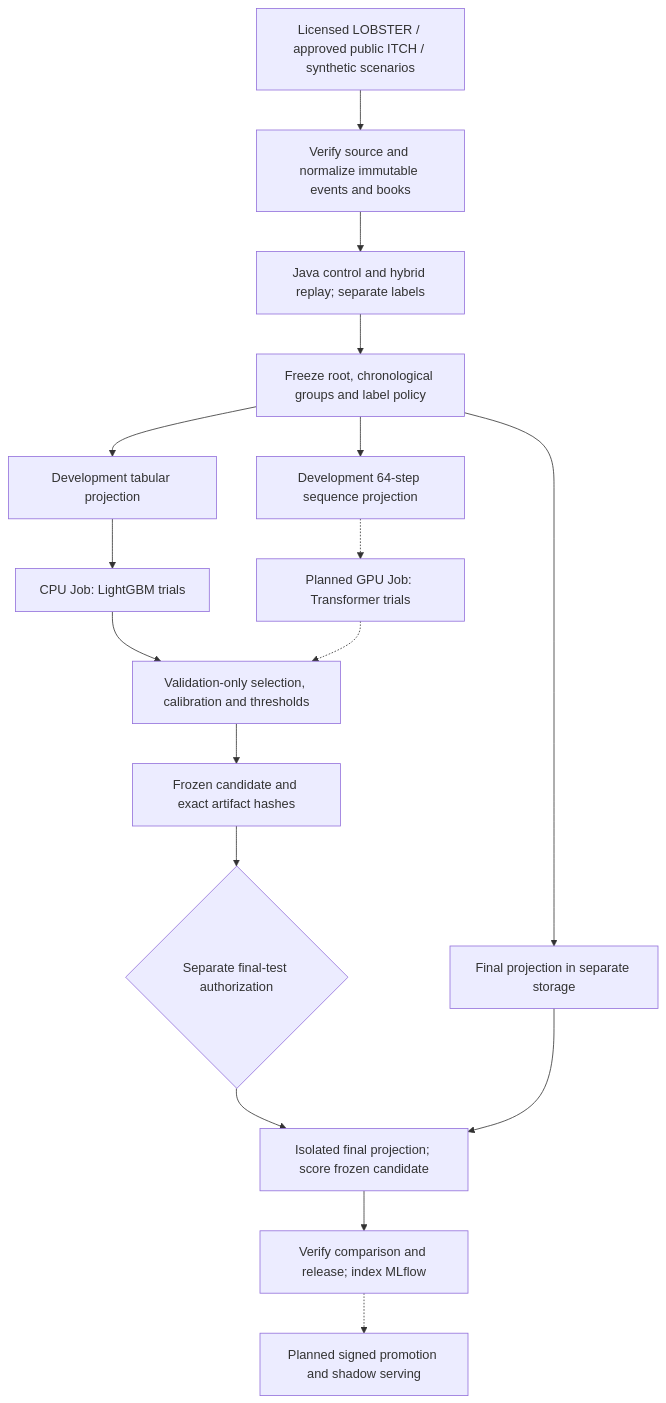
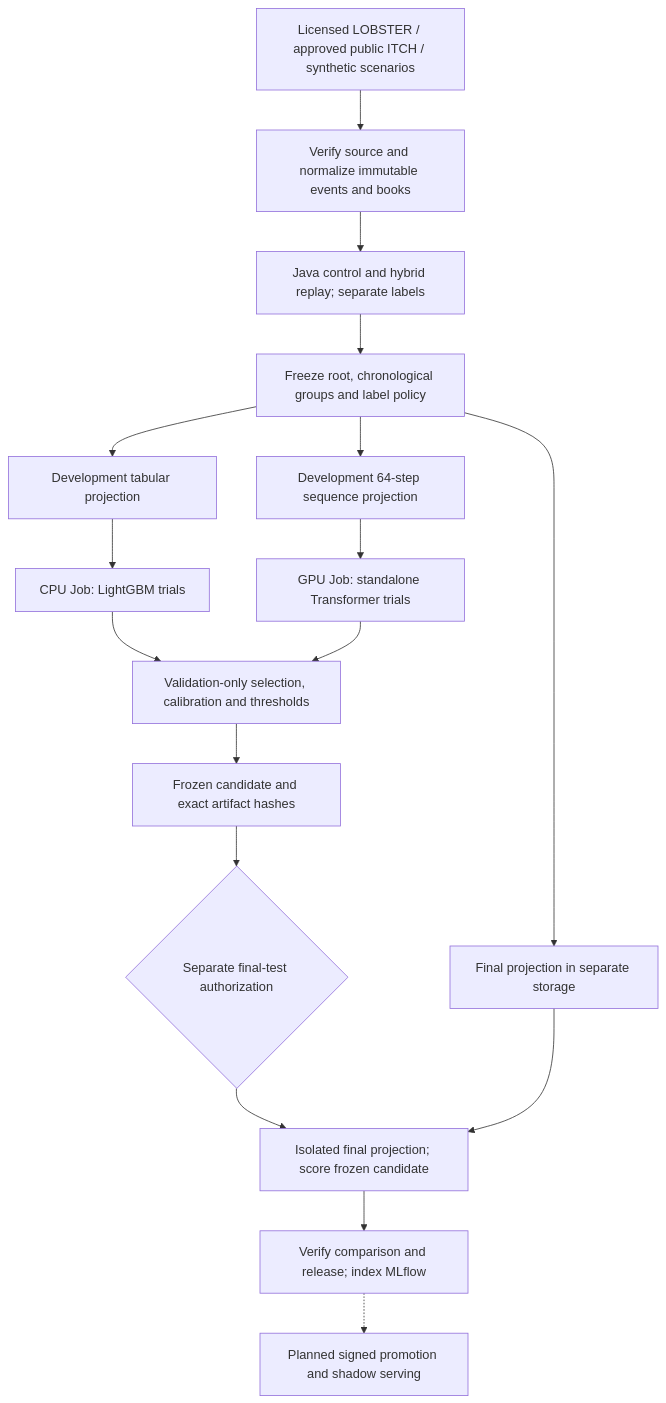
The diagram in docs/use-cases/ml-lifecycle.md (khab40/lob-arena), drawn with Mermaid before and after one commit. The commit also changed 8 other files, not shown here.

Commit message:
docs: reconcile status and architecture guidance (05; #357)

````diff
--- a/docs/use-cases/ml-lifecycle.md
+++ b/docs/use-cases/ml-lifecycle.md
@@ -44,24 +44,24 @@
 ```mermaid
 flowchart TD
     Source["Licensed LOBSTER / approved public ITCH / synthetic scenarios"]
     Normalize["Verify source and normalize immutable events and books"]
     Replay["Java control and hybrid replay; separate labels"]
     Freeze["Freeze root, chronological groups and label policy"]
     Tab["Development tabular projection"]
     Seq["Development 64-step sequence projection"]
     LGB["CPU Job: LightGBM trials"]
-    TF["Planned GPU Job: Transformer trials"]
+    TF["GPU Job: standalone Transformer trials"]
     Select["Validation-only selection, calibration and thresholds"]
     Candidate["Frozen candidate and exact artifact hashes"]
     Gate{"Separate final-test authorization"}
     Test["Isolated final projection; score frozen candidate"]
     Release["Verify comparison and release; index MLflow"]
     Deploy["Planned signed promotion and shadow serving"]
     Source --> Normalize --> Replay --> Freeze
     Freeze --> Tab --> LGB --> Select
-    Freeze --> Seq -.-> TF -.-> Select
+    Freeze --> Seq --> TF --> Select
     Select --> Candidate --> Gate
     Freeze --> Final["Final projection in separate storage"]
     Gate --> Test
     Final --> Test --> Release -.-> Deploy
 ```
````
